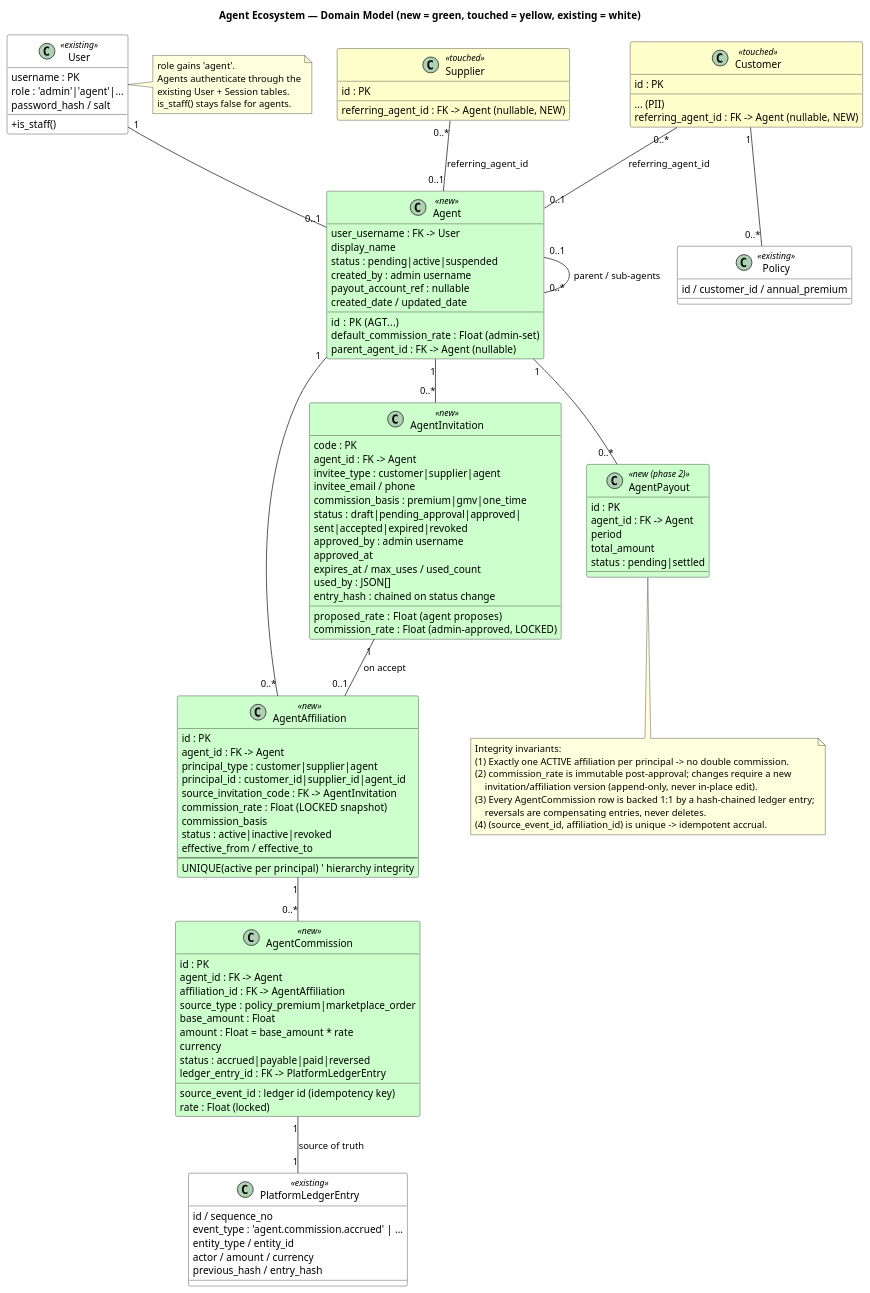
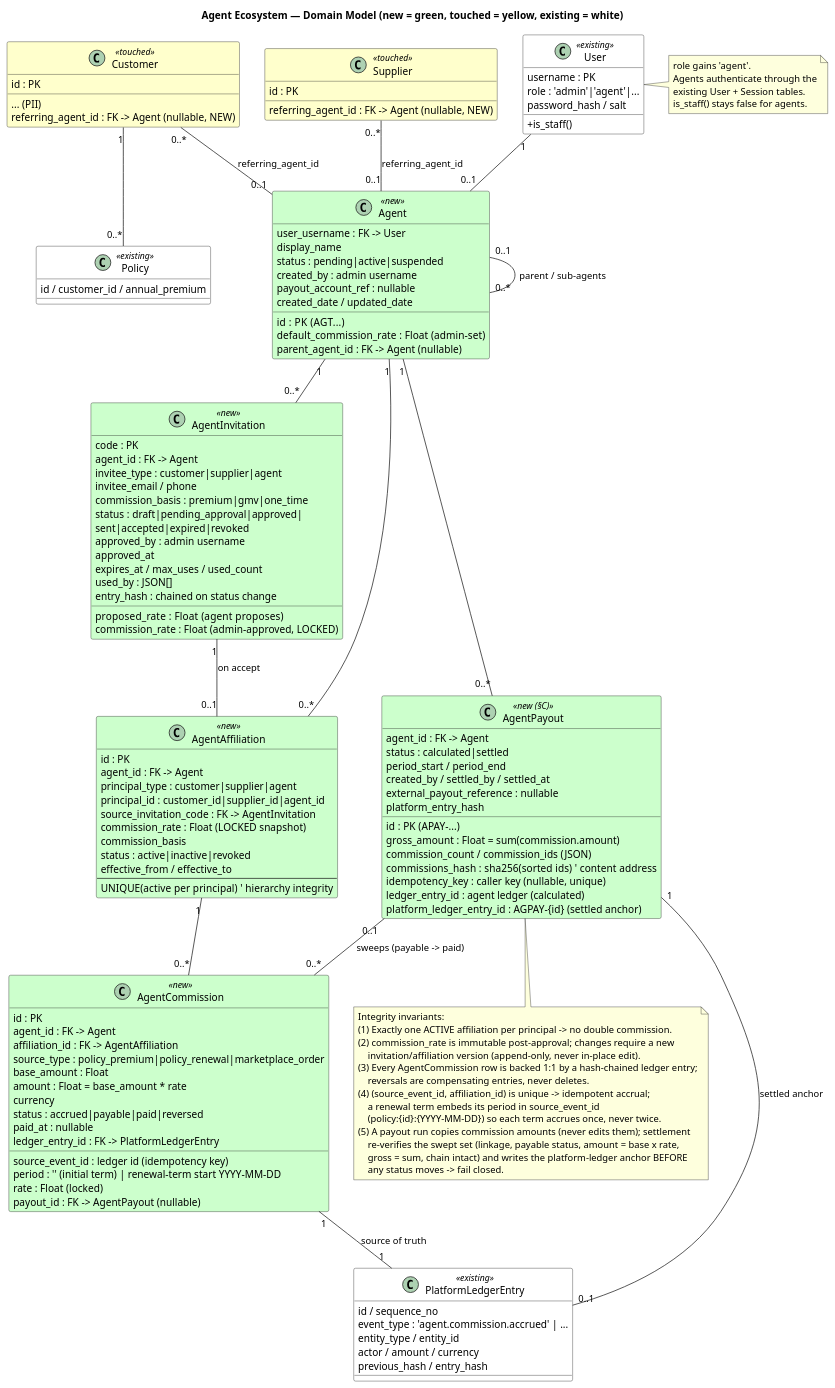
One commit to ashuryasaf/phins changed the second of 7 diagrams in docs/uml/agent_ecosystem.puml. Above: the diagram before and after it, drawn with PlantUML. The commit also changed other lines of this file and 3 other files, not shown here.

Commit message:
docs: record §C (per-renewal commission, agent_payouts runs, broker funnel) in design §G, agent_ecosystem_design, UML model, and AGENTS.md (agent_payouts repo, APAY/AGPAY prefixes, SQL-keyword detector pitfall)

```diff
--- a/docs/uml/agent_ecosystem.puml
+++ b/docs/uml/agent_ecosystem.puml
@@ -60,128 +60,147 @@
 @startuml agent_ecosystem_domain
 title Agent Ecosystem — Domain Model (new = green, touched = yellow, existing = white)
 
 skinparam classAttributeIconSize 0
 
 class User <<existing>> #white {
   username : PK
   role : 'admin'|'agent'|... 
   password_hash / salt
   +is_staff()
 }
 note right of User
   role gains 'agent'.
   Agents authenticate through the
   existing User + Session tables.
   is_staff() stays false for agents.
 end note
 
 class Agent <<new>> #ccffcc {
   id : PK  (AGT...)
   user_username : FK -> User
   display_name
   status : pending|active|suspended
   default_commission_rate : Float  (admin-set)
   parent_agent_id : FK -> Agent (nullable)
   created_by : admin username
   payout_account_ref : nullable
   created_date / updated_date
 }
 
 class AgentInvitation <<new>> #ccffcc {
   code : PK
   agent_id : FK -> Agent
   invitee_type : customer|supplier|agent
   invitee_email / phone
   proposed_rate : Float   (agent proposes)
   commission_rate : Float (admin-approved, LOCKED)
   commission_basis : premium|gmv|one_time
   status : draft|pending_approval|approved|
            sent|accepted|expired|revoked
   approved_by : admin username
   approved_at
   expires_at / max_uses / used_count
   used_by : JSON[]
   entry_hash : chained on status change
 }
 
 class AgentAffiliation <<new>> #ccffcc {
   id : PK
   agent_id : FK -> Agent
   principal_type : customer|supplier|agent
   principal_id : customer_id|supplier_id|agent_id
   source_invitation_code : FK -> AgentInvitation
   commission_rate : Float (LOCKED snapshot)
   commission_basis
   status : active|inactive|revoked
   effective_from / effective_to
   --
   UNIQUE(active per principal)  ' hierarchy integrity
 }
 
 class AgentCommission <<new>> #ccffcc {
   id : PK
   agent_id : FK -> Agent
   affiliation_id : FK -> AgentAffiliation
   source_event_id : ledger id (idempotency key)
-  source_type : policy_premium|marketplace_order
+  source_type : policy_premium|policy_renewal|marketplace_order
+  period : '' (initial term) | renewal-term start YYYY-MM-DD
   base_amount : Float
   rate : Float (locked)
   amount : Float = base_amount * rate
   currency
   status : accrued|payable|paid|reversed
+  payout_id : FK -> AgentPayout (nullable)
+  paid_at : nullable
   ledger_entry_id : FK -> PlatformLedgerEntry
 }
 
 class PlatformLedgerEntry <<existing>> #white {
   id / sequence_no
   event_type : 'agent.commission.accrued' | ...
   entity_type / entity_id
   actor / amount / currency
   previous_hash / entry_hash
 }
 
 class Customer <<touched>> #ffffcc {
   id : PK
   ... (PII)
   referring_agent_id : FK -> Agent (nullable, NEW)
 }
 
 class Supplier <<touched>> #ffffcc {
   id : PK
   referring_agent_id : FK -> Agent (nullable, NEW)
 }
 
 class Policy <<existing>> #white {
   id / customer_id / annual_premium
 }
 
-class AgentPayout <<new (phase 2)>> #ccffcc {
-  id : PK
+class AgentPayout <<new (§C)>> #ccffcc {
+  id : PK (APAY-...)
   agent_id : FK -> Agent
-  period
-  total_amount
-  status : pending|settled
+  status : calculated|settled
+  gross_amount : Float = sum(commission.amount)
+  commission_count / commission_ids (JSON)
+  commissions_hash : sha256(sorted ids)  ' content address
+  idempotency_key : caller key (nullable, unique)
+  period_start / period_end
+  created_by / settled_by / settled_at
+  external_payout_reference : nullable
+  ledger_entry_id : agent ledger (calculated)
+  platform_ledger_entry_id : AGPAY-{id} (settled anchor)
+  platform_entry_hash
 }
 
 User "1" -- "0..1" Agent
 Agent "1" -- "0..*" AgentInvitation
 Agent "1" -- "0..*" AgentAffiliation
 Agent "0..1" -- "0..*" Agent : parent / sub-agents
 AgentInvitation "1" -- "0..1" AgentAffiliation : on accept
 AgentAffiliation "1" -- "0..*" AgentCommission
 AgentCommission "1" -- "1" PlatformLedgerEntry : source of truth
 Customer "0..*" -- "0..1" Agent : referring_agent_id
 Supplier "0..*" -- "0..1" Agent : referring_agent_id
 Customer "1" -- "0..*" Policy
 Agent "1" -- "0..*" AgentPayout
+AgentPayout "0..1" -- "0..*" AgentCommission : sweeps (payable -> paid)
+AgentPayout "1" -- "0..1" PlatformLedgerEntry : settled anchor
 
 note bottom
   Integrity invariants:
   (1) Exactly one ACTIVE affiliation per principal -> no double commission.
   (2) commission_rate is immutable post-approval; changes require a new
       invitation/affiliation version (append-only, never in-place edit).
   (3) Every AgentCommission row is backed 1:1 by a hash-chained ledger entry;
       reversals are compensating entries, never deletes.
-  (4) (source_event_id, affiliation_id) is unique -> idempotent accrual.
+  (4) (source_event_id, affiliation_id) is unique -> idempotent accrual;
+      a renewal term embeds its period in source_event_id
+      (policy:{id}:{YYYY-MM-DD}) so each term accrues once, never twice.
+  (5) A payout run copies commission amounts (never edits them); settlement
+      re-verifies the swept set (linkage, payable status, amount = base x rate,
+      gross = sum, chain intact) and writes the platform-ledger anchor BEFORE
+      any status moves -> fail closed.
 end note
 @enduml
```
